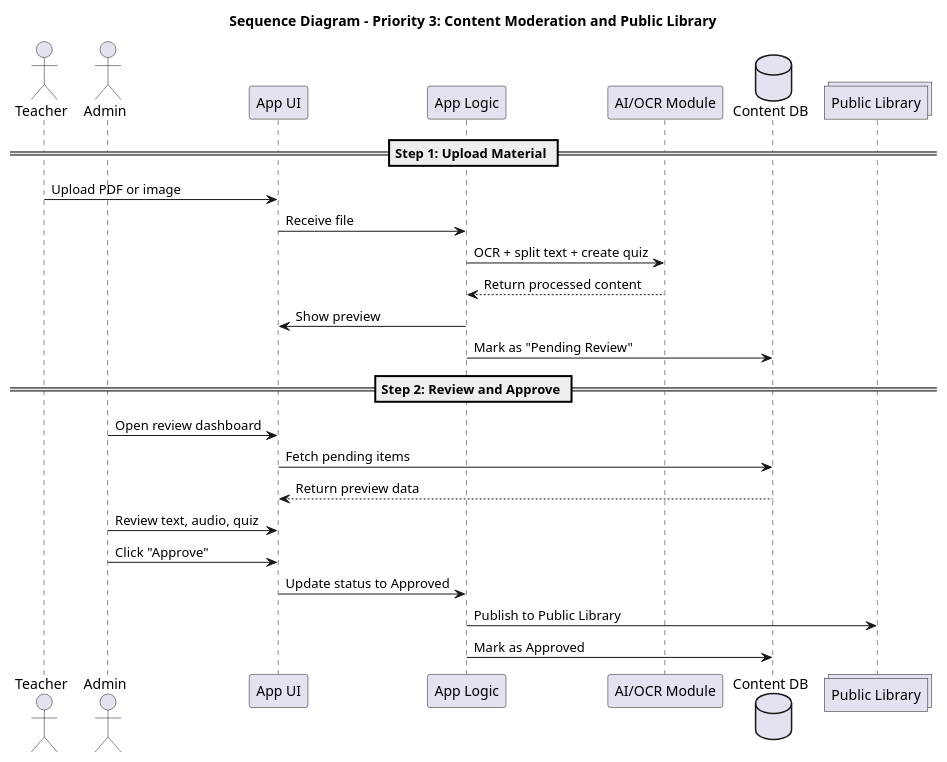
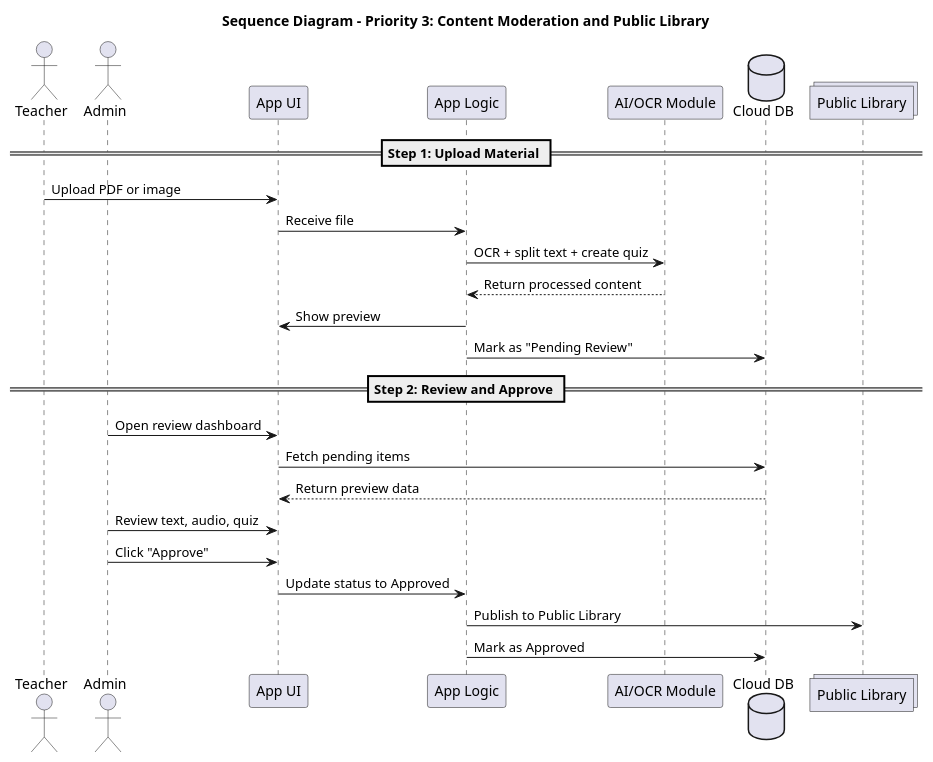
The diagram in sequence_diagram/sequence3_diagram.puml (23021600-TranGiaKhanh/TTNM_sequence_diagram), drawn with PlantUML before and after one commit. The commit also changed 3 other files, not shown here.

```diff
--- a/sequence_diagram/sequence3_diagram.puml
+++ b/sequence_diagram/sequence3_diagram.puml
@@ -1,30 +1,30 @@
 @startuml ContentFlow
 title Sequence Diagram - Priority 3: Content Moderation and Public Library
 
 actor "Teacher" as T
 actor "Admin" as A
 participant "App UI" as UI
 participant "App Logic" as Logic
 participant "AI/OCR Module" as AI
-database "Content DB" as DB
+database "Cloud DB" as DB
 collections "Public Library" as LIB
 
 == Step 1: Upload Material ==
 T -> UI: Upload PDF or image
 UI -> Logic: Receive file
 Logic -> AI: OCR + split text + create quiz
 AI --> Logic: Return processed content
 Logic -> UI: Show preview
 Logic -> DB: Mark as "Pending Review"
 
 == Step 2: Review and Approve ==
 A -> UI: Open review dashboard
 UI -> DB: Fetch pending items
 DB --> UI: Return preview data
 A -> UI: Review text, audio, quiz
 A -> UI: Click "Approve"
 UI -> Logic: Update status to Approved
 Logic -> LIB: Publish to Public Library
 Logic -> DB: Mark as Approved
 
 @enduml
```
